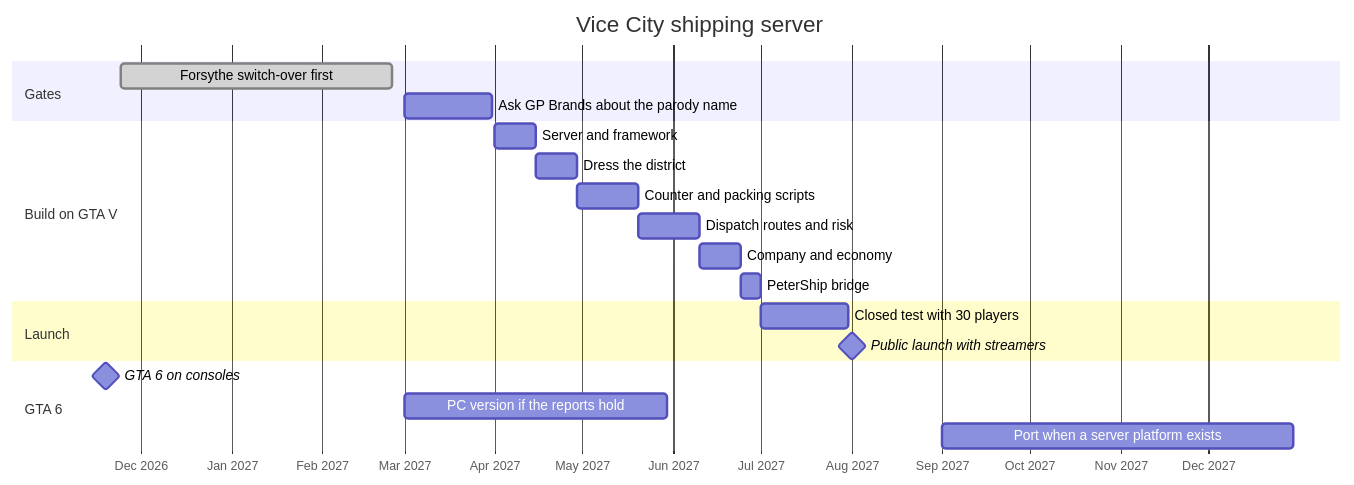
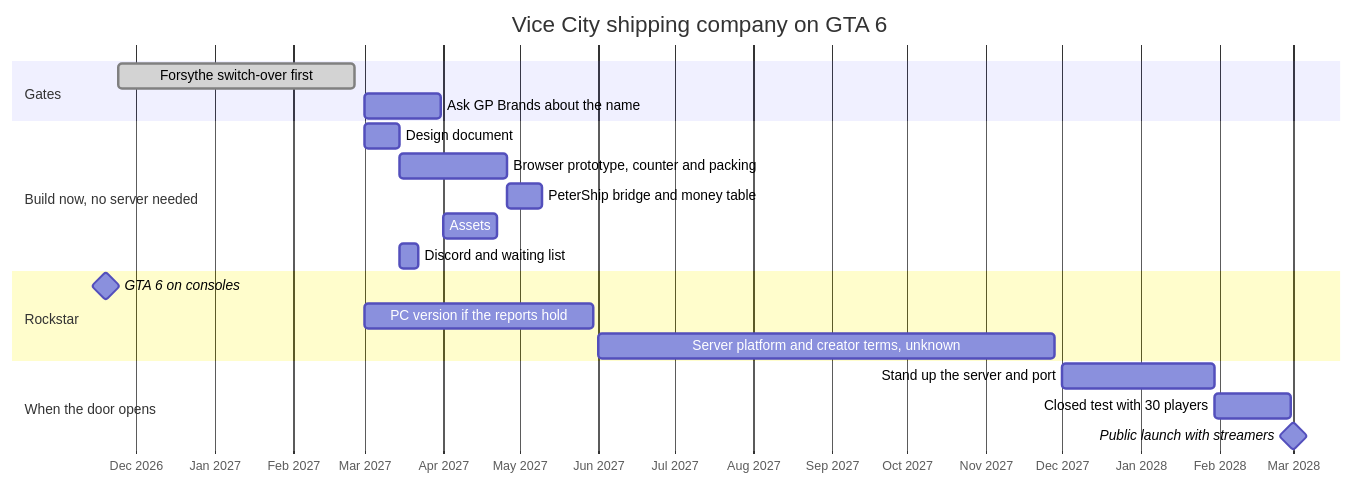
The fourth of 4 diagrams in monetization/vice-city-rp/README.md (wbp318/goin-postal-forsythe), drawn with Mermaid before and after one commit. The commit also changed other lines of this file and 3 other files, not shown here.

Commit message:
Vice City RP plan rewritten for GTA 6 only: build now without a server, one money table for the rumored real-money economy

````diff
--- a/monetization/vice-city-rp/README.md
+++ b/monetization/vice-city-rp/README.md
@@ -139,23 +146,23 @@
 ```mermaid
 gantt
-  title Vice City shipping server
+  title Vice City shipping company on GTA 6
   dateFormat YYYY-MM-DD
   axisFormat %b %Y
   section Gates
     Forsythe switch-over first            :done, g0, 2026-11-24, 2027-02-25
-    Ask GP Brands about the parody name   :g1, 2027-03-01, 30d
-  section Build on GTA V
-    Server and framework                  :b1, 2027-04-01, 14d
-    Dress the district                    :b2, 2027-04-15, 14d
-    Counter and packing scripts           :b3, 2027-04-29, 21d
-    Dispatch routes and risk              :b4, 2027-05-20, 21d
-    Company and economy                   :b5, 2027-06-10, 14d
-    PeterShip bridge                      :b6, 2027-06-24, 7d
-  section Launch
-    Closed test with 30 players           :l1, 2027-07-01, 30d
-    Public launch with streamers          :milestone, 2027-08-01, 0d
-  section GTA 6
+    Ask GP Brands about the name          :g1, 2027-03-01, 30d
+  section Build now, no server needed
+    Design document                       :b1, 2027-03-01, 14d
+    Browser prototype, counter and packing:b2, 2027-03-15, 42d
+    PeterShip bridge and money table      :b3, 2027-04-26, 14d
+    Assets                                :b4, 2027-04-01, 21d
+    Discord and waiting list              :b5, 2027-03-15, 7d
+  section Rockstar
     GTA 6 on consoles                     :milestone, 2026-11-19, 0d
-    PC version if the reports hold        :g6, 2027-03-01, 90d
-    Port when a server platform exists    :p6, 2027-09-01, 120d
+    PC version if the reports hold        :r1, 2027-03-01, 90d
+    Server platform and creator terms, unknown :r2, 2027-06-01, 180d
+  section When the door opens
+    Stand up the server and port          :s1, 2027-12-01, 60d
+    Closed test with 30 players           :s2, 2028-01-30, 30d
+    Public launch with streamers          :milestone, 2028-03-01, 0d
 ```
````
